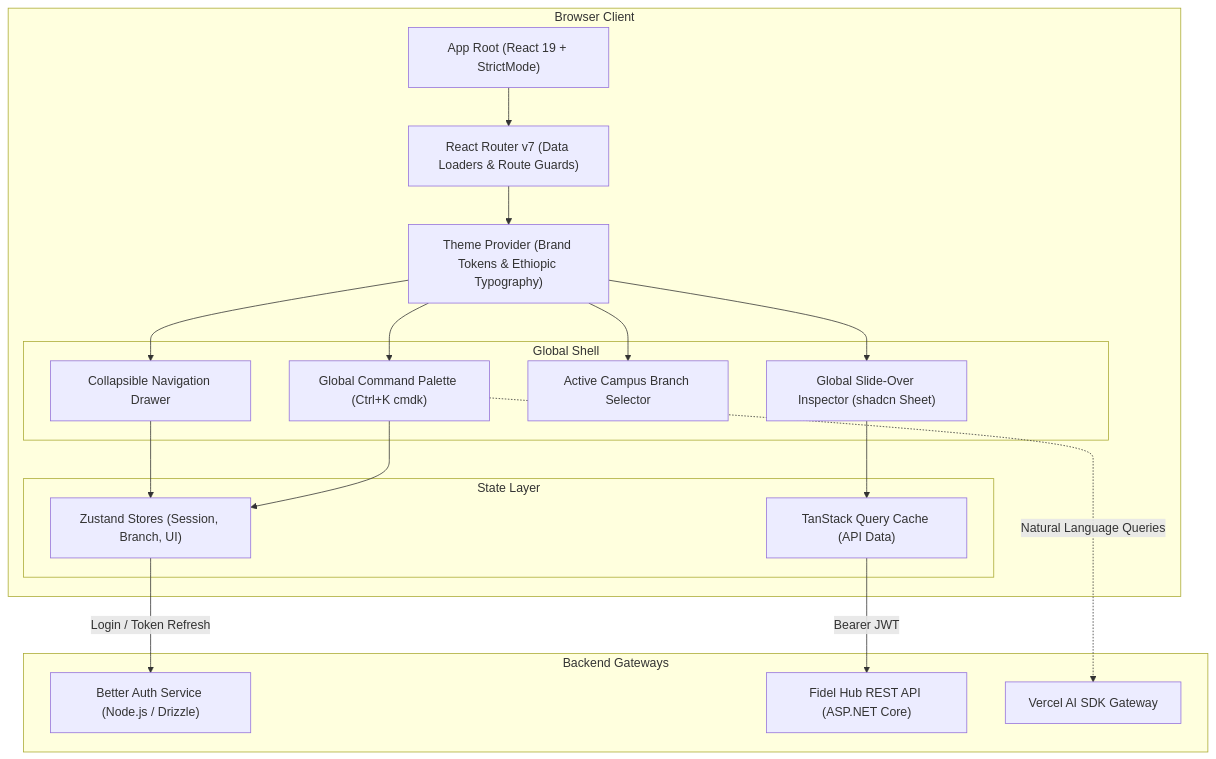
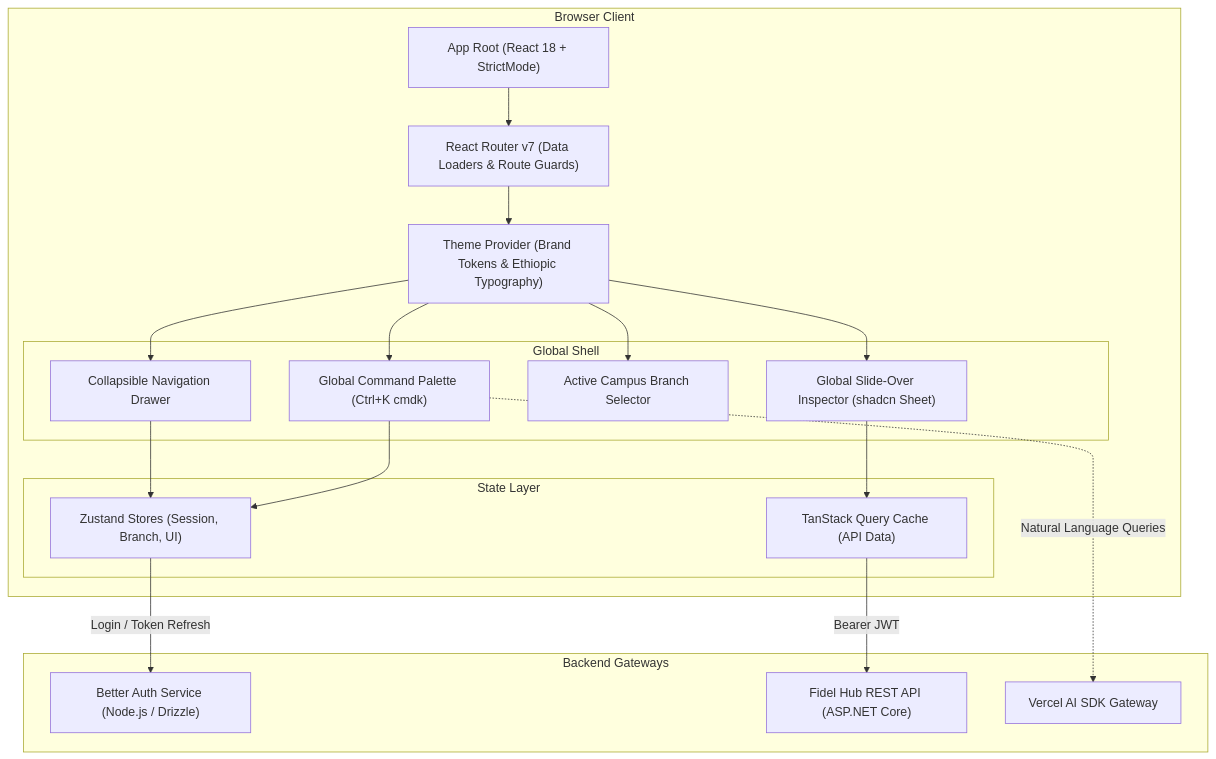
The first of 2 diagrams in docs/05-frontend-mobile/web-application.md (Yoba21/Fidel_Hub), drawn with Mermaid before and after one commit. The commit also changed other lines of this file and 41 other files, not shown here.

````diff
--- a/docs/05-frontend-mobile/web-application.md
+++ b/docs/05-frontend-mobile/web-application.md
@@ -25,35 +27,35 @@
 ```mermaid
 graph TD
     subgraph Browser Client
-        App["App Root (React 19 + StrictMode)"]
+        App["App Root (React 18 + StrictMode)"]
         Router["React Router v7 (Data Loaders & Route Guards)"]
         Theme["Theme Provider (Brand Tokens & Ethiopic Typography)"]
         
         subgraph Global Shell
             Sidebar["Collapsible Navigation Drawer"]
             CommandBar["Global Command Palette (Ctrl+K cmdk)"]
             BranchSwitcher["Active Campus Branch Selector"]
             SlideOver["Global Slide-Over Inspector (shadcn Sheet)"]
         end
         
         subgraph State Layer
             TanStack["TanStack Query Cache (API Data)"]
             Zustand["Zustand Stores (Session, Branch, UI)"]
         end
     end
 
     subgraph Backend Gateways
         BetterAuth["Better Auth Service (Node.js / Drizzle)"]
         CoreApi["Fidel Hub REST API (ASP.NET Core)"]
         VercelAi["Vercel AI SDK Gateway"]
     end
 
     App --> Router
     Router --> Theme
     Theme --> Sidebar & CommandBar & BranchSwitcher & SlideOver
     Sidebar & CommandBar --> Zustand
     SlideOver --> TanStack
     TanStack -->|"Bearer JWT"| CoreApi
     Zustand -->|"Login / Token Refresh"| BetterAuth
     CommandBar -.->|"Natural Language Queries"| VercelAi
 ```
````
